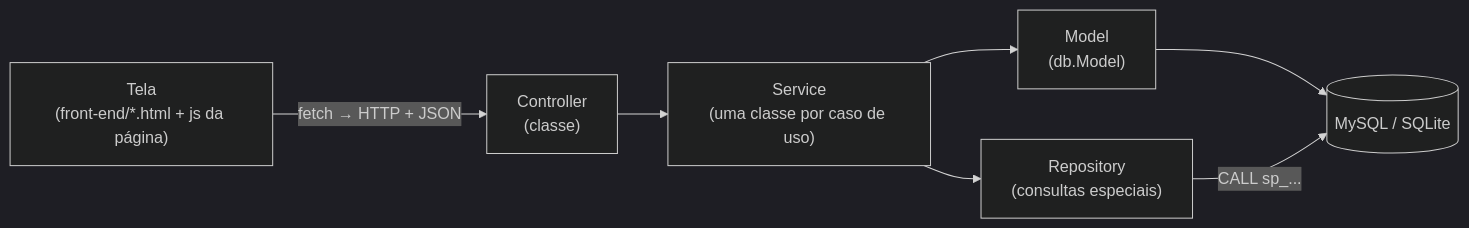
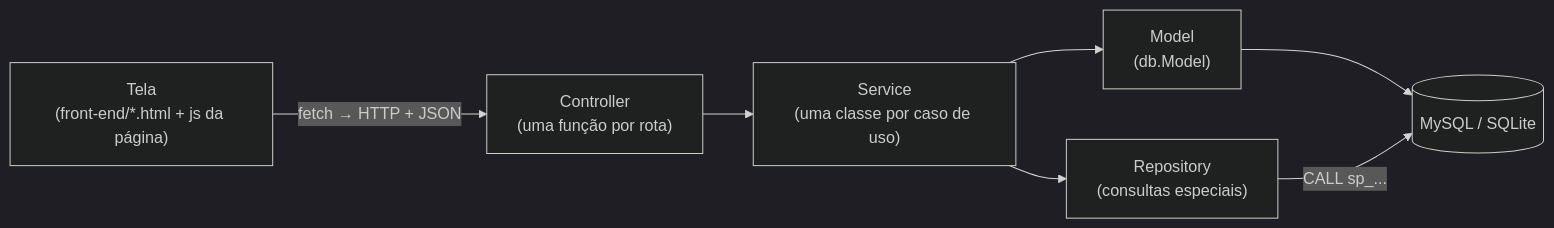
The diagram in README.md (davimoraes678/Projeto-Cantina), drawn with Mermaid (dark theme) before and after one commit. The commit also changed other lines of this file and 10 other files, not shown here.

````diff
--- a/README.md
+++ b/README.md
@@ -83,9 +83,9 @@
 ```mermaid
 flowchart LR
-    T["Tela<br/>(front-end/*.html + js da página)"] -->|"fetch → HTTP + JSON"| C["Controller<br/>(classe)"]
+    T["Tela<br/>(front-end/*.html + js da página)"] -->|"fetch → HTTP + JSON"| C["Controller<br/>(uma função por rota)"]
     C --> S["Service<br/>(uma classe por caso de uso)"]
     S --> M["Model<br/>(db.Model)"]
     S --> R["Repository<br/>(consultas especiais)"]
     M --> DB[("MySQL / SQLite")]
     R -->|"CALL sp_..."| DB
 ```
````
